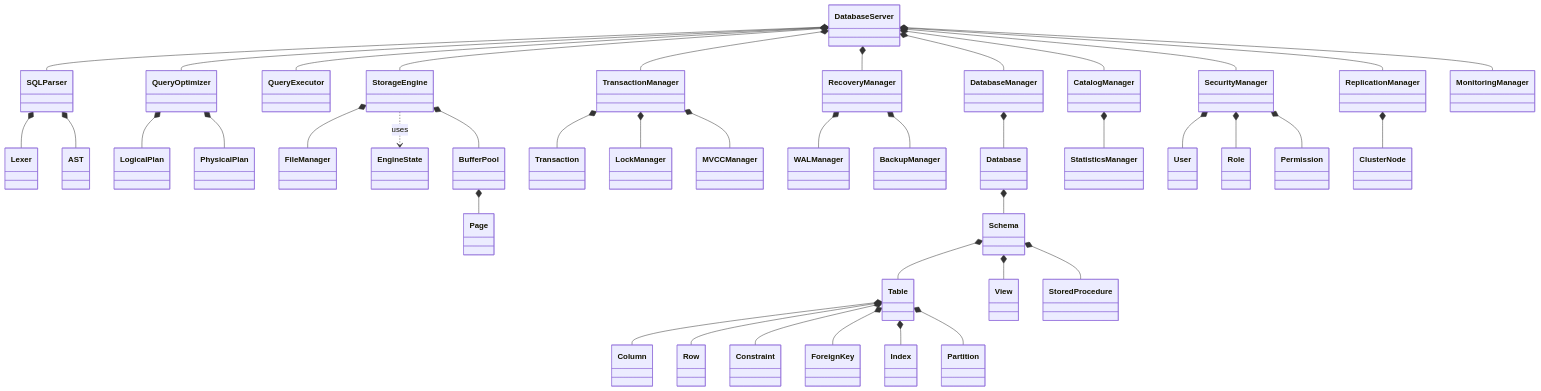
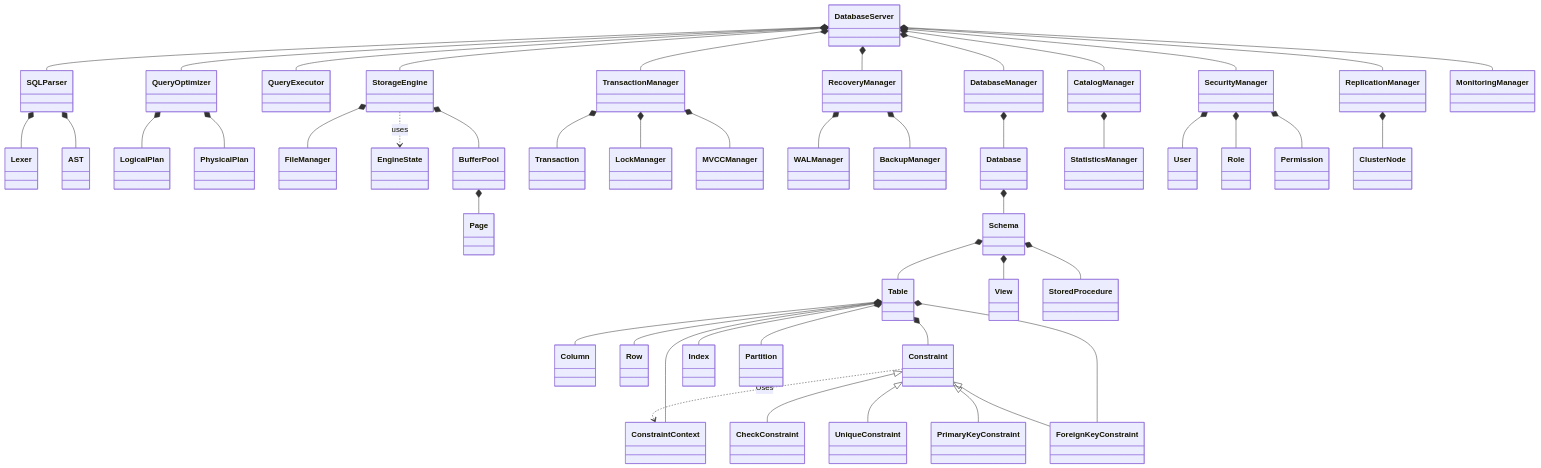
Before and after one commit to manaxpow/DBMS: the second of 50 diagrams in README.md, drawn with Mermaid. The commit also changed other lines of this file and 46 other files, not shown here.

Commit message:
Implement unit test for Constraint, PK, FK, Unique

````diff
--- a/README.md
+++ b/README.md
@@ -81,58 +81,65 @@
 ```mermaid
 classDiagram
     direction TB
     class DatabaseServer
 
     %% Left side
     DatabaseServer *-- SQLParser
     SQLParser *-- Lexer
     SQLParser *-- AST
 
     DatabaseServer *-- QueryOptimizer
     QueryOptimizer *-- LogicalPlan
     QueryOptimizer *-- PhysicalPlan
 
     DatabaseServer *-- QueryExecutor
 
     DatabaseServer *-- StorageEngine
     StorageEngine *-- FileManager
     StorageEngine ..> EngineState : uses
     StorageEngine *-- BufferPool
     BufferPool *-- Page
 
     DatabaseServer *-- TransactionManager
     TransactionManager *-- Transaction
     TransactionManager *-- LockManager
     TransactionManager *-- MVCCManager
 
     DatabaseServer *-- RecoveryManager
     RecoveryManager *-- WALManager
     RecoveryManager *-- BackupManager
 
     %% Right side
     DatabaseServer *-- DatabaseManager
     DatabaseManager *-- Database
     Database *-- Schema
     Schema *-- Table
     Table *-- Column
     Table *-- Row
+        Constraint <|-- CheckConstraint
+    Constraint <|-- UniqueConstraint
+    Constraint <|-- PrimaryKeyConstraint
+    Constraint <|-- ForeignKeyConstraint
+    Constraint ..> ConstraintContext : Uses
+
+    Table *-- ConstraintContext
     Table *-- Constraint
-    Table *-- ForeignKey
+    Table *-- ForeignKeyConstraint
     Table *-- Index
     Table *-- Partition
     Schema *-- View
     Schema *-- StoredProcedure
 
     DatabaseServer *-- CatalogManager
     CatalogManager *-- StatisticsManager
 
     DatabaseServer *-- SecurityManager
     SecurityManager *-- User
     SecurityManager *-- Role
     SecurityManager *-- Permission
 
     DatabaseServer *-- ReplicationManager
     ReplicationManager *-- ClusterNode
 
     DatabaseServer *-- MonitoringManager
 ```
````
